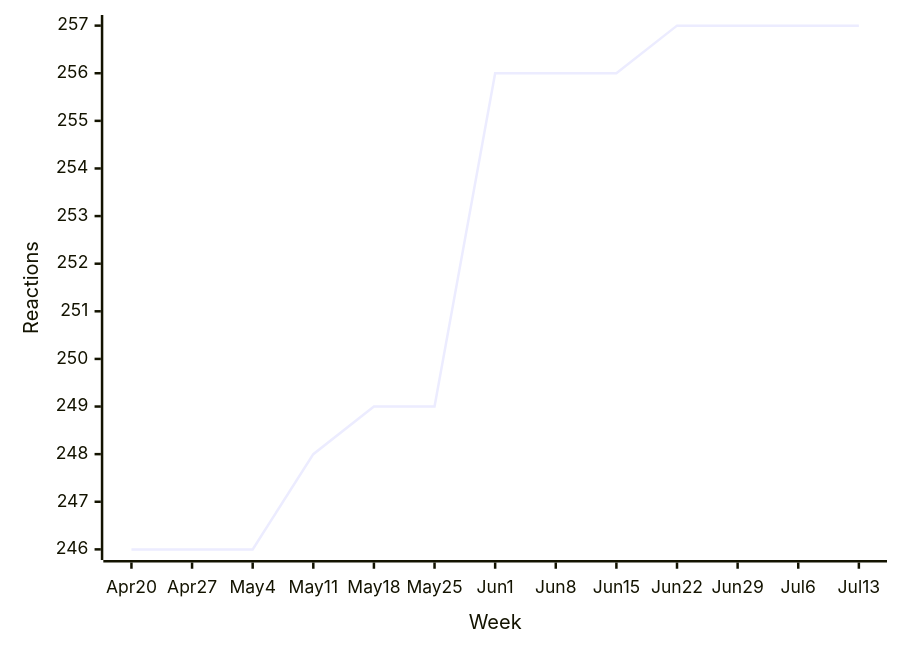
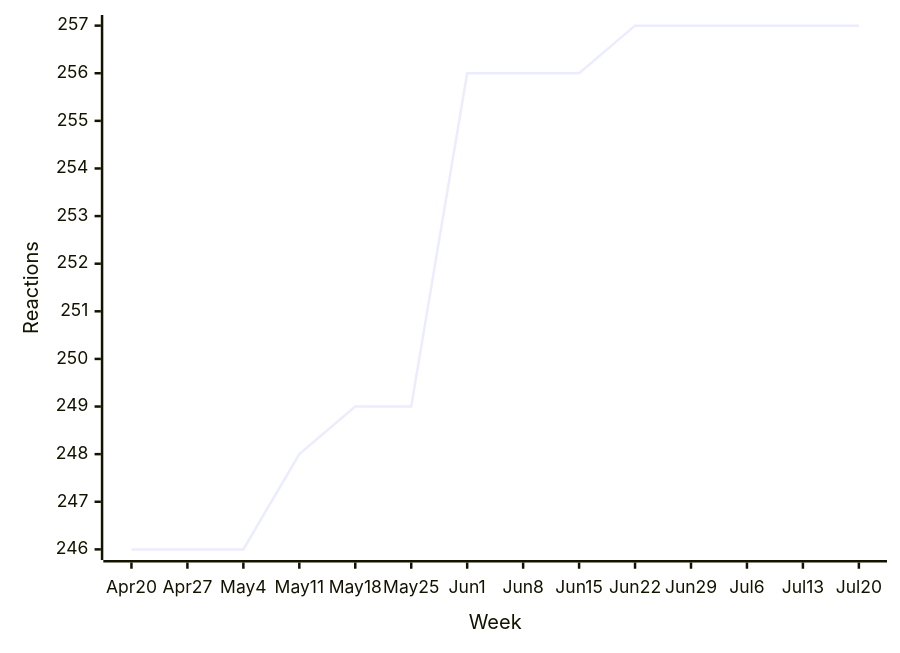
Before and after one commit to loic-sharma/github-insights: diagram 13 of 48 in README.md, drawn with Mermaid. The commit also changed other lines of this file and 3 other files, not shown here.

````diff
--- a/README.md
+++ b/README.md
@@ -543,6 +543,6 @@
   ```mermaid
   xychart-beta
-    x-axis "Week" [Apr 20, Apr 27, May 4, May 11, May 18, May 25, Jun 1, Jun 8, Jun 15, Jun 22, Jun 29, Jul 6, Jul 13]
+    x-axis "Week" [Apr 20, Apr 27, May 4, May 11, May 18, May 25, Jun 1, Jun 8, Jun 15, Jun 22, Jun 29, Jul 6, Jul 13, Jul 20]
     y-axis "Reactions"
-    line [246, 246, 246, 248, 249, 249, 256, 256, 256, 257, 257, 257, 257]
+    line [246, 246, 246, 248, 249, 249, 256, 256, 256, 257, 257, 257, 257, 257]
   ```
````
